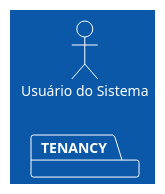
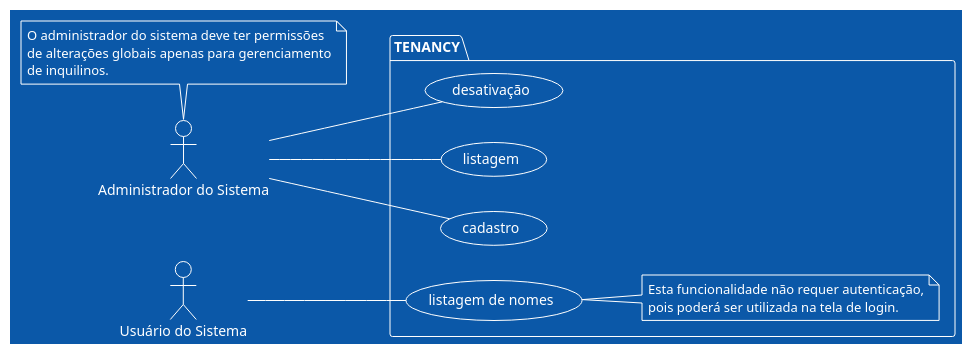
One commit to Minerva-System/minerva-system changed the third of 9 diagrams in docs/src/diagramas/casos-de-uso.md. Above: the diagram before and after it, drawn with PlantUML. The commit also changed other lines of this file, not shown here.

Commit message:
Finish basic use case diagrams

````diff
--- a/docs/src/diagramas/casos-de-uso.md
+++ b/docs/src/diagramas/casos-de-uso.md
@@ -79,11 +79,32 @@
 ```plantuml
 @startuml
 !theme amiga
 left to right direction
 actor :Usuário do Sistema: as user
+actor :Administrador do Sistema: as sysadmin
 
 package TENANCY {
+	usecase "listagem de nomes" as listagem_nomes
+	usecase listagem
+	usecase cadastro
+	usecase desativação as desativacao
+	
+	note right of listagem_nomes
+		Esta funcionalidade não requer autenticação,
+		pois poderá ser utilizada na tela de login.
+	end note
 }
+
+user -- listagem_nomes
+sysadmin -- listagem
+sysadmin -- cadastro
+sysadmin -- desativacao
+
+note top of sysadmin
+	O administrador do sistema deve ter permissões
+	de alterações globais apenas para gerenciamento
+	de inquilinos.
+end note
 
 @enduml
 ```
````
